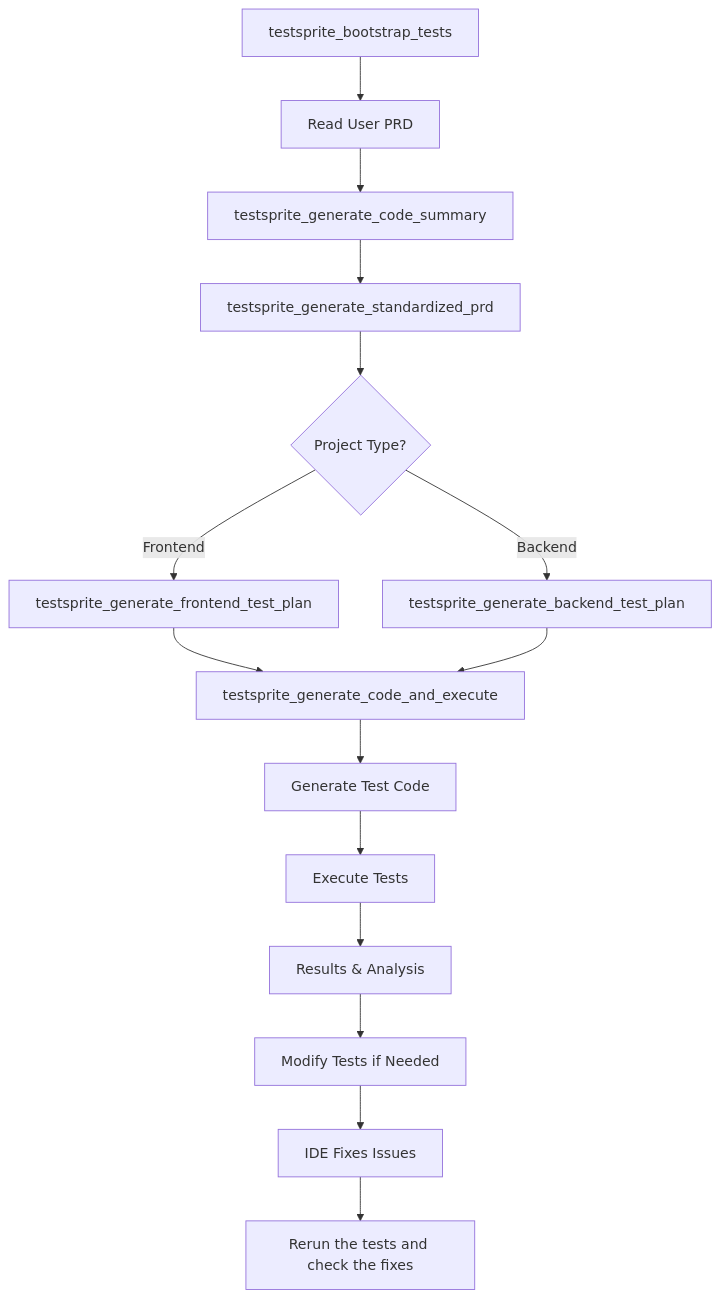
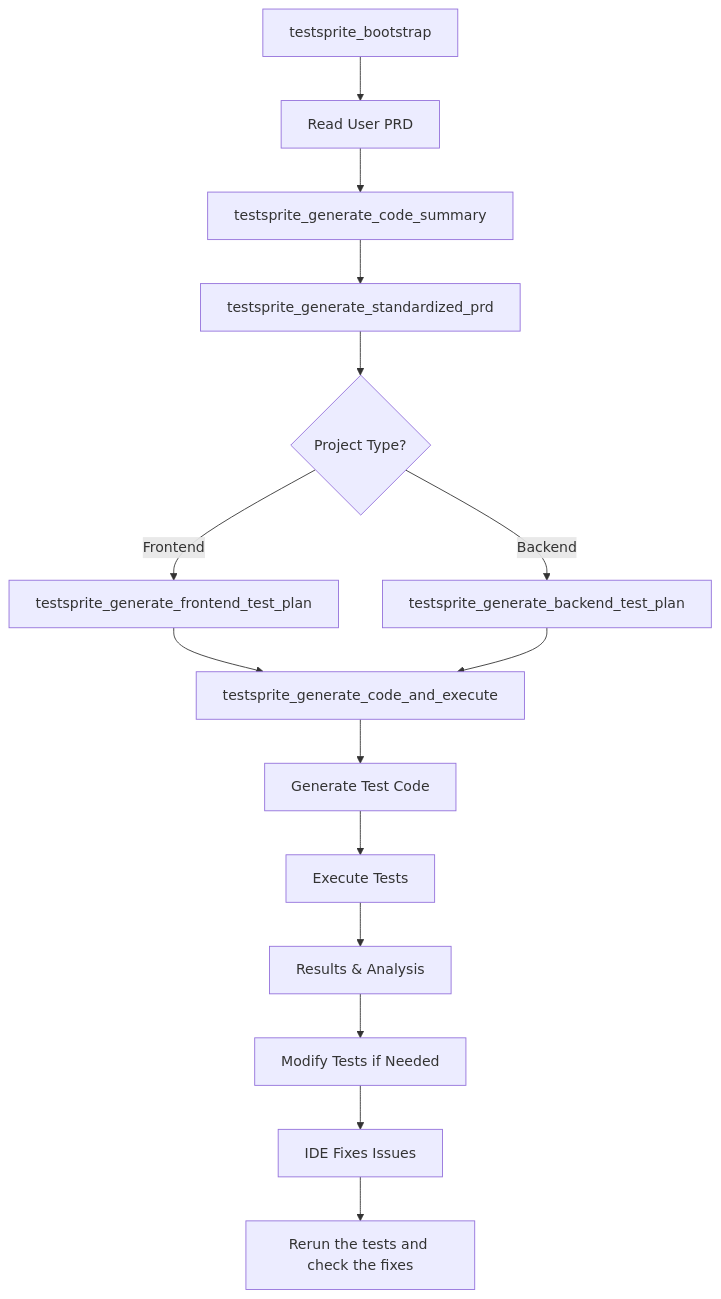
Before and after one commit to TestSprite/Docs: the diagram in mcp/core/tools.mdx, drawn with Mermaid. The commit also changed other lines of this file and 7 other files, not shown here.

````diff
--- a/mcp/core/tools.mdx
+++ b/mcp/core/tools.mdx
@@ -255,17 +250,17 @@
 ```mermaid
 graph TD
-    A[testsprite_bootstrap_tests] --> B[Read User PRD]
+    A[testsprite_bootstrap] --> B[Read User PRD]
     B --> C[testsprite_generate_code_summary]
     C --> D[testsprite_generate_standardized_prd]
     D --> E{Project Type?}
     E -->|Frontend| F[testsprite_generate_frontend_test_plan]
     E -->|Backend| G[testsprite_generate_backend_test_plan]
     F --> H[testsprite_generate_code_and_execute]
     G --> H
     H --> I[Generate Test Code]
     I --> J[Execute Tests]
     J --> K[Results & Analysis]
     K --> L[Modify Tests if Needed]
     L --> M[IDE Fixes Issues]
     M --> N[Rerun the tests and check the fixes]
 ```
````
